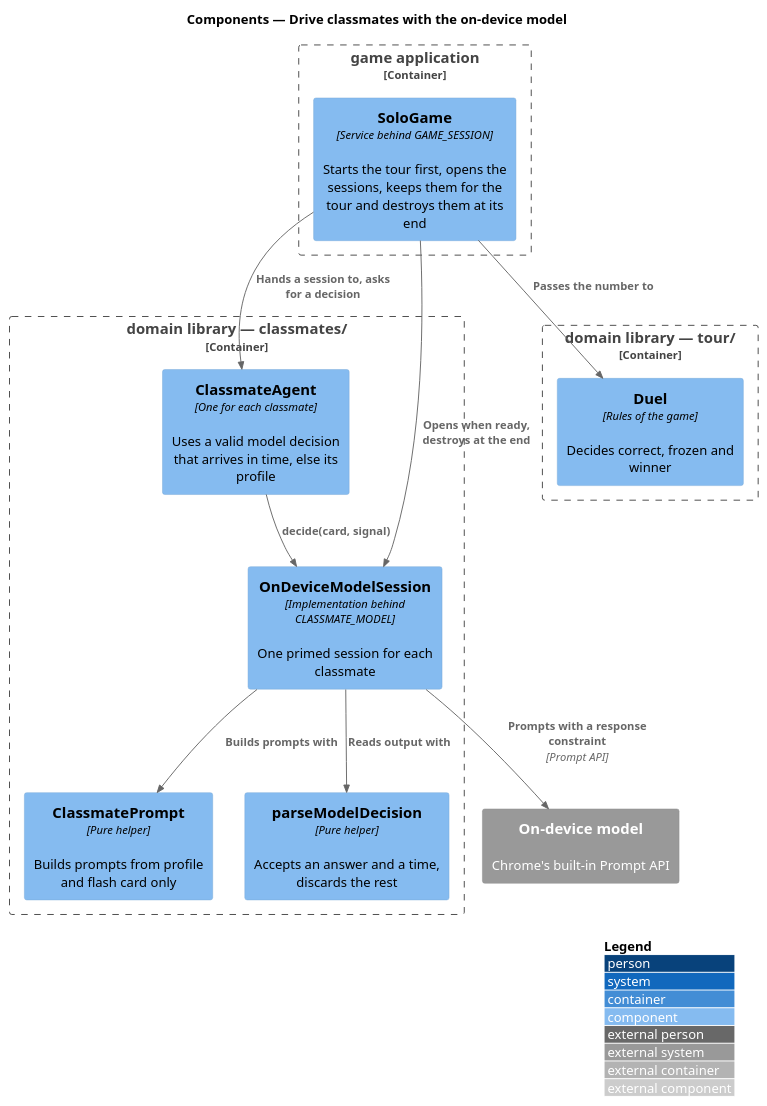
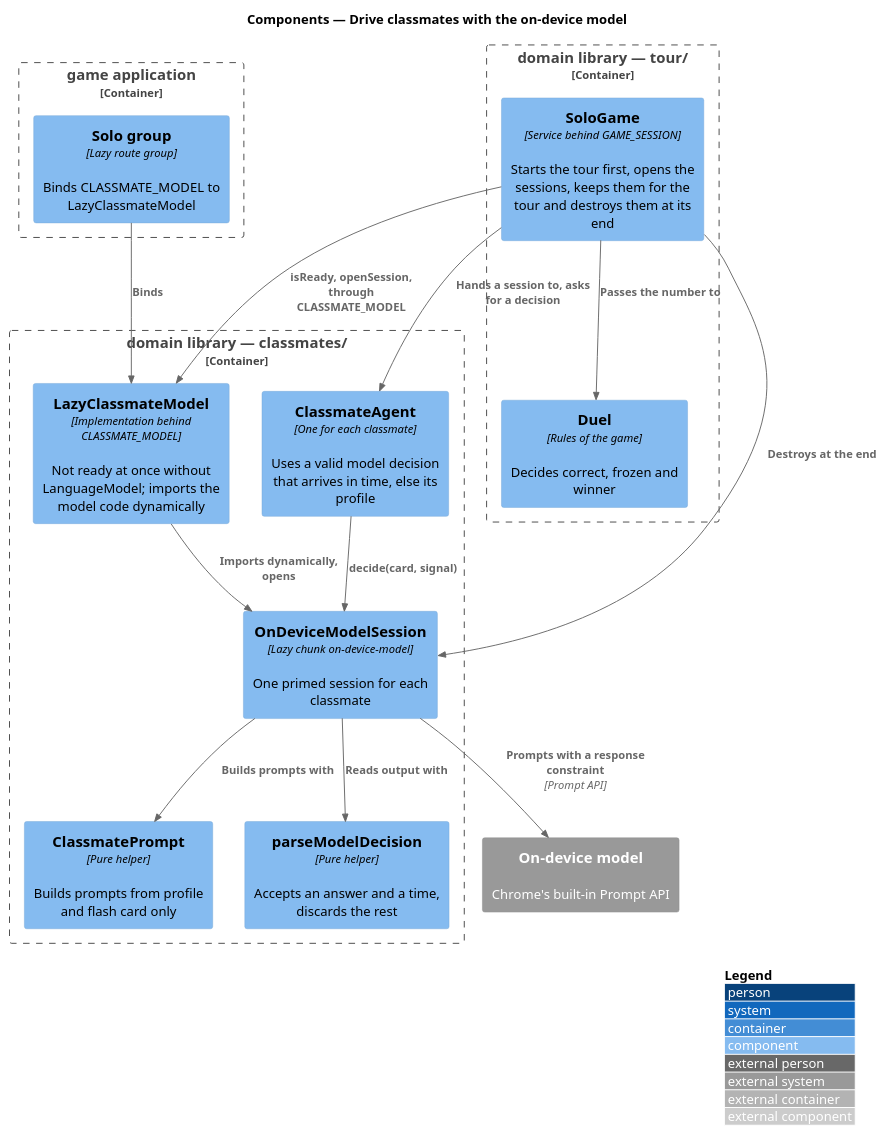
The diagram in docs/detailed-designs/classmates/drive-classmates-with-model/diagrams/c4-component.puml (QuinntyneBrown/around-the-world), drawn with PlantUML before and after one commit. The commit also changed 13 other files, not shown here.

First line of the commit message:
Journey 11: ADR 0030, L2-021 criterion 8 and the model design's open questions

```diff
--- a/docs/detailed-designs/classmates/drive-classmates-with-model/diagrams/c4-component.puml
+++ b/docs/detailed-designs/classmates/drive-classmates-with-model/diagrams/c4-component.puml
@@ -1,27 +1,32 @@
 @startuml
 !include <C4/C4_Component>
 LAYOUT_WITH_LEGEND()
 title Components — Drive classmates with the on-device model
 
 Container_Boundary(game, "game application") {
-  Component(solo, "SoloGame", "Service behind GAME_SESSION", "Starts the tour first, opens the sessions, keeps them for the tour and destroys them at its end")
+  Component(routes, "Solo group", "Lazy route group", "Binds CLASSMATE_MODEL to LazyClassmateModel")
 }
 Container_Boundary(classmates, "domain library — classmates/") {
+  Component(lazy, "LazyClassmateModel", "Implementation behind CLASSMATE_MODEL", "Not ready at once without LanguageModel; imports the model code dynamically")
   Component(agent, "ClassmateAgent", "One for each classmate", "Uses a valid model decision that arrives in time, else its profile")
-  Component(session, "OnDeviceModelSession", "Implementation behind CLASSMATE_MODEL", "One primed session for each classmate")
+  Component(session, "OnDeviceModelSession", "Lazy chunk on-device-model", "One primed session for each classmate")
   Component(prompt, "ClassmatePrompt", "Pure helper", "Builds prompts from profile and flash card only")
   Component(parse, "parseModelDecision", "Pure helper", "Accepts an answer and a time, discards the rest")
 }
 Container_Boundary(tour, "domain library — tour/") {
+  Component(solo, "SoloGame", "Service behind GAME_SESSION", "Starts the tour first, opens the sessions, keeps them for the tour and destroys them at its end")
   Component(duel, "Duel", "Rules of the game", "Decides correct, frozen and winner")
 }
 System_Ext(model, "On-device model", "Chrome's built-in Prompt API")
 
-Rel(solo, session, "Opens when ready, destroys at the end")
+Rel(routes, lazy, "Binds")
+Rel(solo, lazy, "isReady, openSession, through CLASSMATE_MODEL")
+Rel(lazy, session, "Imports dynamically, opens")
+Rel(solo, session, "Destroys at the end")
 Rel(solo, agent, "Hands a session to, asks for a decision")
 Rel(agent, session, "decide(card, signal)")
 Rel(session, prompt, "Builds prompts with")
 Rel(session, model, "Prompts with a response constraint", "Prompt API")
 Rel(session, parse, "Reads output with")
 Rel(solo, duel, "Passes the number to")
 @enduml
```
